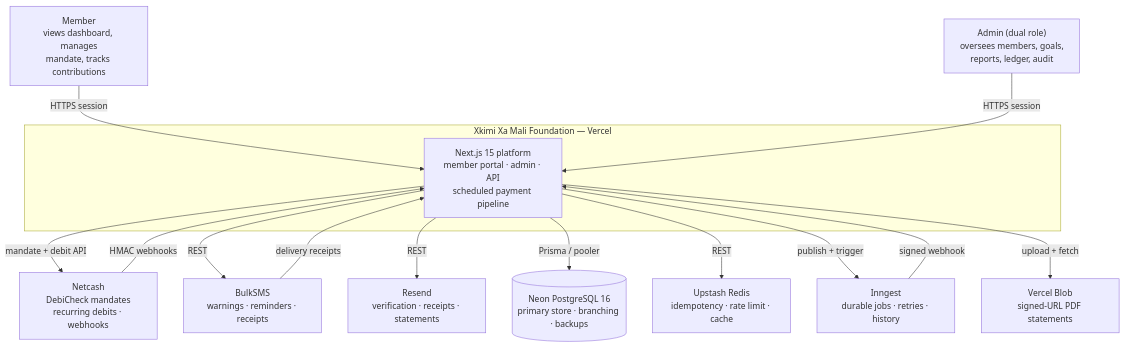
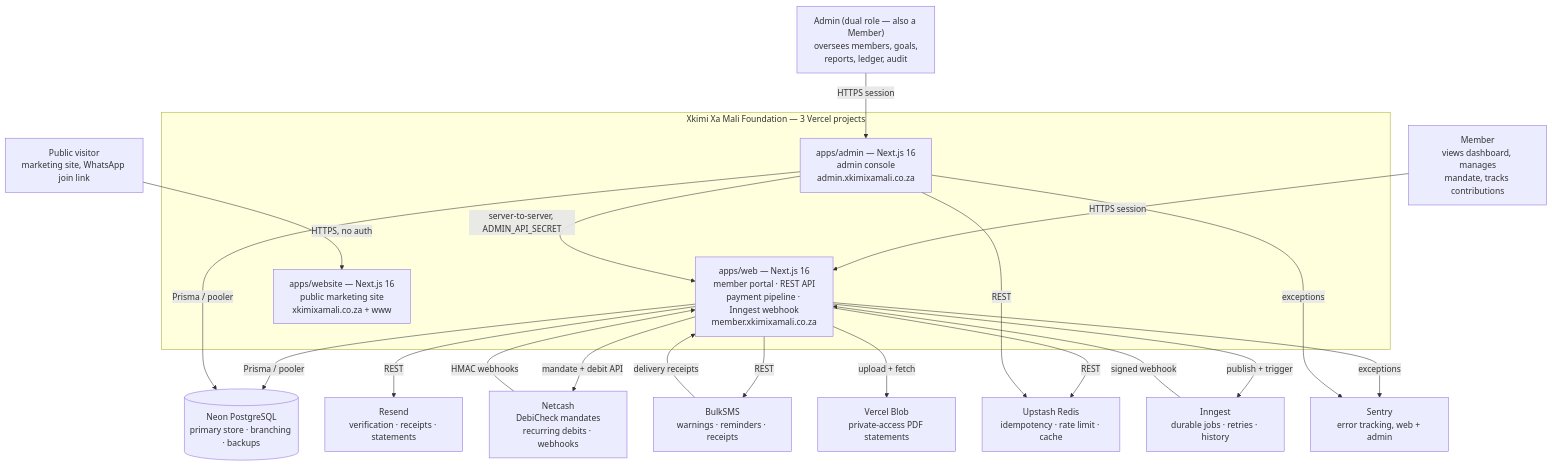
The first of 2 diagrams in docs/architecture/01-system-context.md (KSDRILL-SA/Xkimi-Xa-Mali), drawn with Mermaid before and after one commit. The commit also changed other lines of this file and 6 other files, not shown here.

First line of the commit message:
docs: bring architecture docs current with the real 3-app stack (#437)

````diff
--- a/docs/architecture/01-system-context.md
+++ b/docs/architecture/01-system-context.md
@@ -16,28 +23,36 @@
 ```mermaid
 flowchart TB
     MEMBER["Member<br/>views dashboard, manages<br/>mandate, tracks contributions"]
-    ADMIN["Admin (dual role)<br/>oversees members, goals,<br/>reports, ledger, audit"]
+    ADMIN["Admin (dual role — also a Member)<br/>oversees members, goals,<br/>reports, ledger, audit"]
+    PUBLIC["Public visitor<br/>marketing site, WhatsApp join link"]
 
-    subgraph XXM["Xkimi Xa Mali Foundation — Vercel"]
-        APP["Next.js 15 platform<br/>member portal · admin · API<br/>scheduled payment pipeline"]
+    subgraph XXM["Xkimi Xa Mali Foundation — 3 Vercel projects"]
+        WEBAPP["apps/web — Next.js 16<br/>member portal · REST API<br/>payment pipeline · Inngest webhook<br/>member.xkimixamali.co.za"]
+        ADMINAPP["apps/admin — Next.js 16<br/>admin console<br/>admin.xkimixamali.co.za"]
+        SITEAPP["apps/website — Next.js 16<br/>public marketing site<br/>xkimixamali.co.za + www"]
     end
 
     NETCASH["Netcash<br/>DebiCheck mandates<br/>recurring debits · webhooks"]
     BULKSMS["BulkSMS<br/>warnings · reminders · receipts"]
     RESEND["Resend<br/>verification · receipts · statements"]
-    NEON[("Neon PostgreSQL 16<br/>primary store · branching · backups")]
+    NEON[("Neon PostgreSQL<br/>primary store · branching · backups")]
     UPSTASH["Upstash Redis<br/>idempotency · rate limit · cache"]
     INNGEST["Inngest<br/>durable jobs · retries · history"]
-    BLOB["Vercel Blob<br/>signed-URL PDF statements"]
+    BLOB["Vercel Blob<br/>private-access PDF statements"]
+    SENTRY["Sentry<br/>error tracking, web + admin"]
 
-    MEMBER & ADMIN -->|HTTPS session| APP
-    APP -->|mandate + debit API| NETCASH
-    NETCASH -->|HMAC webhooks| APP
-    APP -->|REST| BULKSMS & RESEND
-    BULKSMS -->|delivery receipts| APP
-    APP -->|Prisma / pooler| NEON
-    APP -->|REST| UPSTASH
-    APP -->|publish + trigger| INNGEST
-    INNGEST -->|signed webhook| APP
-    APP -->|upload + fetch| BLOB
+    MEMBER -->|HTTPS session| WEBAPP
+    ADMIN -->|HTTPS session| ADMINAPP
+    PUBLIC -->|HTTPS, no auth| SITEAPP
+    ADMINAPP -->|server-to-server, ADMIN_API_SECRET| WEBAPP
+    WEBAPP -->|mandate + debit API| NETCASH
+    NETCASH -->|HMAC webhooks| WEBAPP
+    WEBAPP -->|REST| BULKSMS & RESEND
+    BULKSMS -->|delivery receipts| WEBAPP
+    WEBAPP & ADMINAPP -->|Prisma / pooler| NEON
+    WEBAPP & ADMINAPP -->|REST| UPSTASH
+    WEBAPP -->|publish + trigger| INNGEST
+    INNGEST -->|signed webhook| WEBAPP
+    WEBAPP -->|upload + fetch| BLOB
+    WEBAPP & ADMINAPP -->|exceptions| SENTRY
 ```
````
